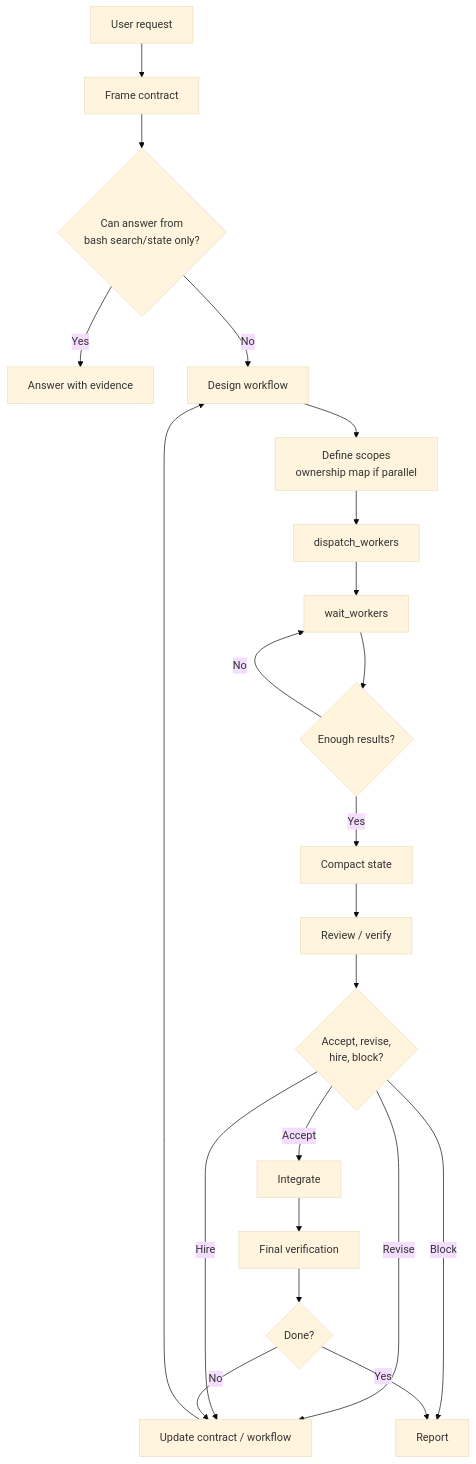
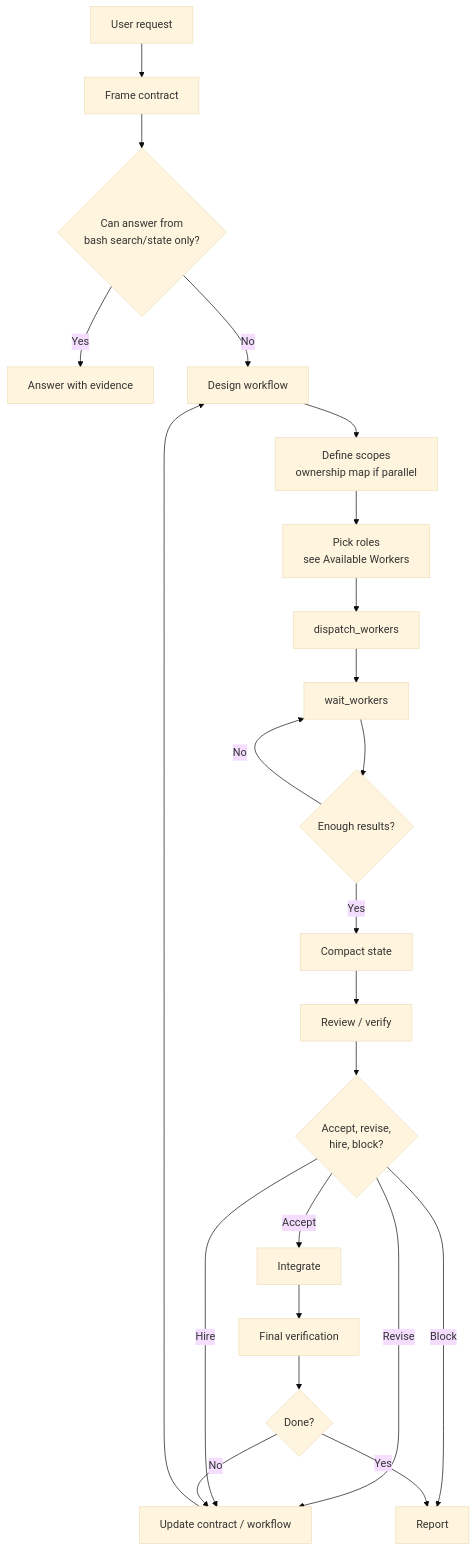
The diagram in prompts/DIRECTOR_PROMPT.md (voladelta/ogent-rs), drawn with Mermaid (base theme) before and after one commit. The commit also changed other lines of this file, not shown here.

````diff
--- a/prompts/DIRECTOR_PROMPT.md
+++ b/prompts/DIRECTOR_PROMPT.md
@@ -49,32 +84,33 @@
 ```mermaid
 flowchart TD
     Start[User request] --> Frame[Frame contract]
     Frame --> Route{Can answer from<br/>bash search/state only?}
 
     Route -->|Yes| Answer[Answer with evidence]
     Route -->|No| Plan[Design workflow]
 
     Plan --> Scope[Define scopes<br/>ownership map if parallel]
-    Scope --> Dispatch[dispatch_workers]
+    Scope --> PickRoles[Pick roles<br/>see Available Workers]
+    PickRoles --> Dispatch[dispatch_workers]
     Dispatch --> Wait[wait_workers]
 
     Wait --> Enough{Enough results?}
     Enough -->|No| Wait
     Enough -->|Yes| Compact[Compact state]
 
     Compact --> Judge[Review / verify]
     Judge --> Decide{Accept, revise,<br/>hire, block?}
 
     Decide -->|Revise| Update[Update contract / workflow]
     Decide -->|Hire| Update
     Update --> Plan
 
     Decide -->|Block| Report[Report]
     Decide -->|Accept| Integrate[Integrate]
 
     Integrate --> Verify[Final verification]
     Verify --> Final{Done?}
 
     Final -->|No| Update
     Final -->|Yes| Report
 ```
````
